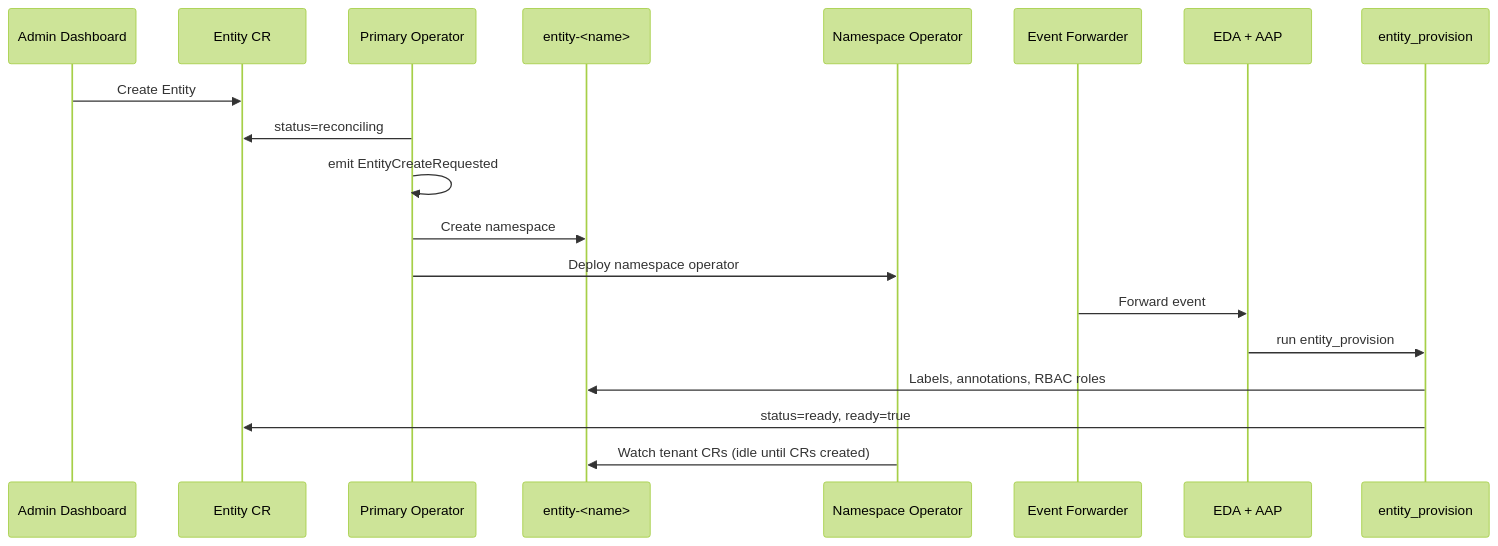
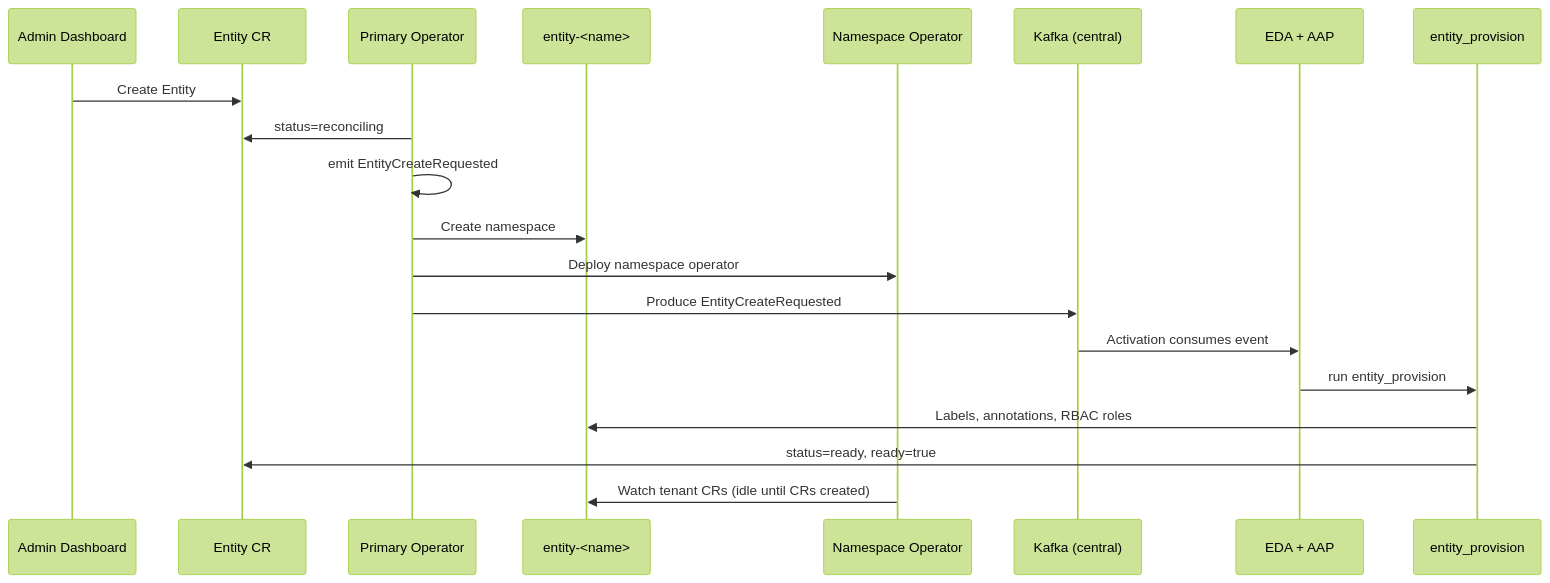
Before and after one commit to marbindrakon/hybridcloud: the second of 2 diagrams in architecture/docs/c4/code/entity-lifecycle.md, drawn with Mermaid (forest theme). The commit also changed other lines of this file and 6 other files, not shown here.

````diff
--- a/architecture/docs/c4/code/entity-lifecycle.md
+++ b/architecture/docs/c4/code/entity-lifecycle.md
@@ -191,22 +191,23 @@
 ```mermaid
 sequenceDiagram
     participant UI as Admin Dashboard
     participant CR as Entity CR
     participant PO as Primary Operator
     participant NS as entity-<name>
     participant NO as Namespace Operator
-    participant EF as Event Forwarder
+    participant KF as Kafka (central)
     participant EDA as EDA + AAP
     participant EP as entity_provision
 
     UI->>CR: Create Entity
     PO->>CR: status=reconciling
     PO->>PO: emit EntityCreateRequested
     PO->>NS: Create namespace
     PO->>NO: Deploy namespace operator
-    EF->>EDA: Forward event
+    PO->>KF: Produce EntityCreateRequested
+    KF->>EDA: Activation consumes event
     EDA->>EP: run entity_provision
     EP->>NS: Labels, annotations, RBAC roles
     EP->>CR: status=ready, ready=true
     NO->>NS: Watch tenant CRs (idle until CRs created)
 ```
````
